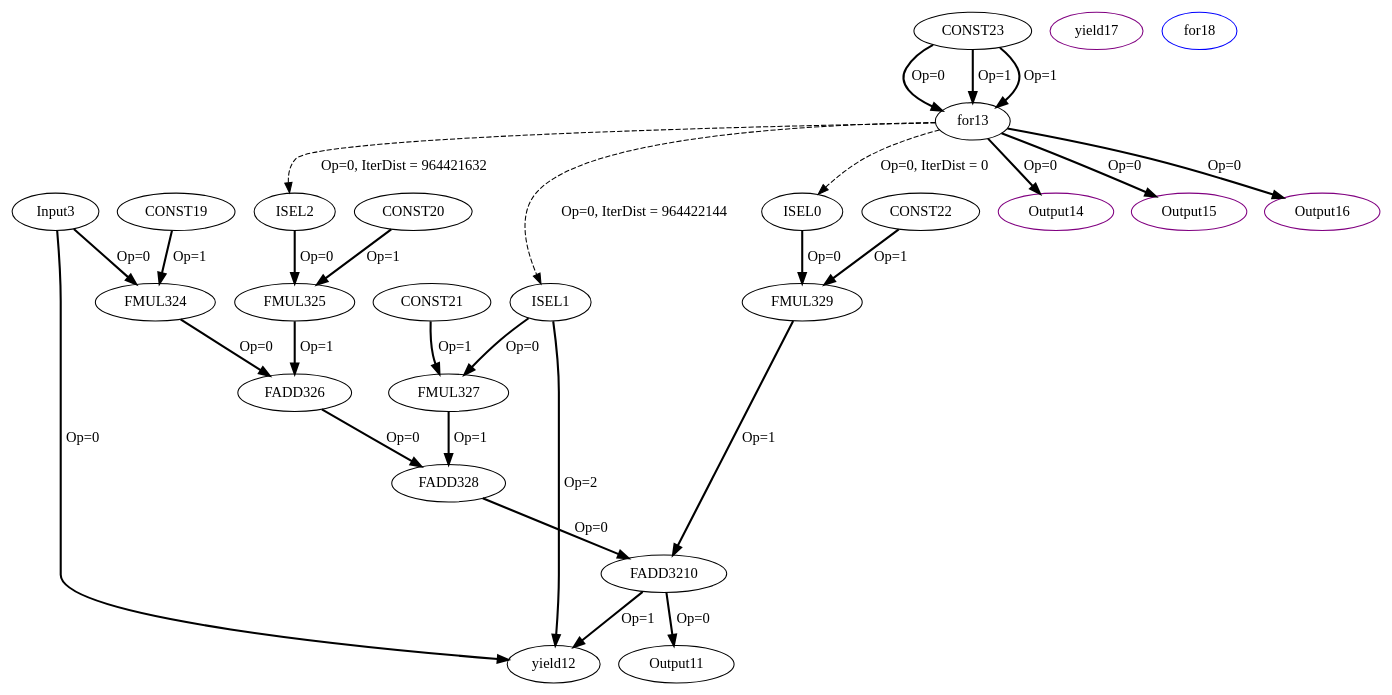
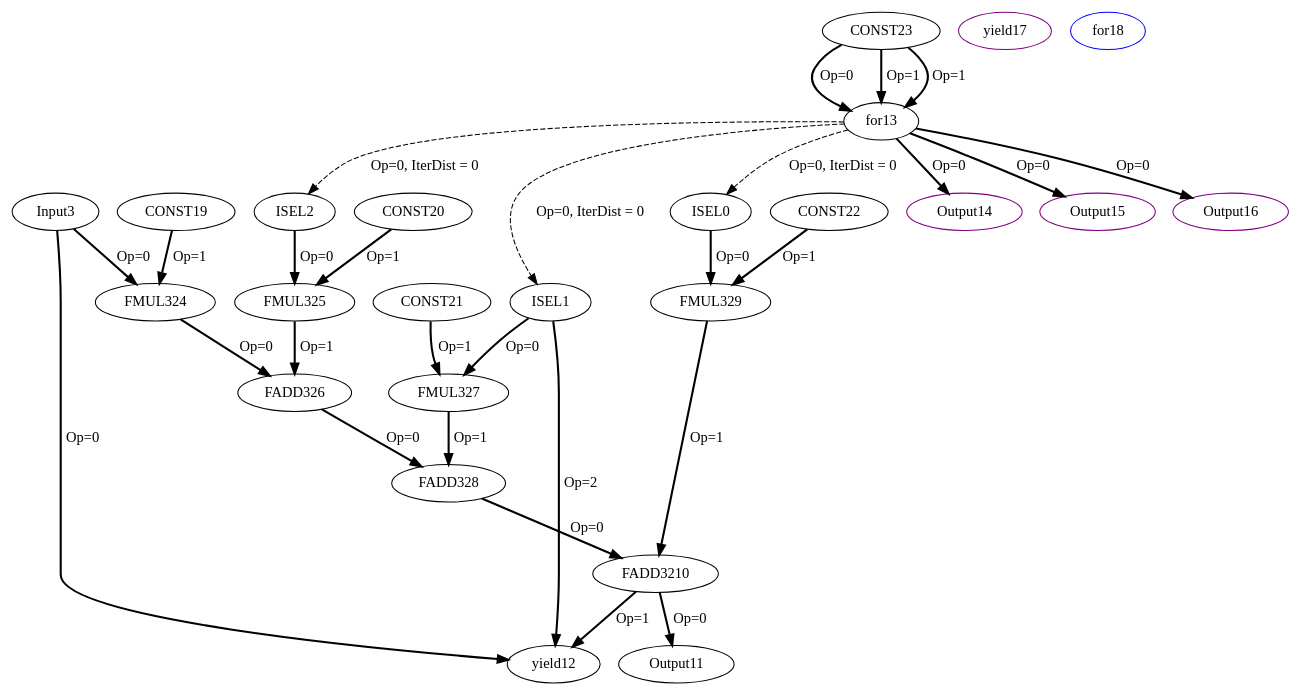
The diagram in experiment/Cbenchmarks/Polybench/medley/deriche/deriche_mini/IR/tempfiles/kernel_deriche_0_0_CDFG.dot (MIONkb/adora-compiler), drawn with Graphviz before and after one commit. The commit also changed 263 other files, not shown here.

```diff
--- a/experiment/Cbenchmarks/Polybench/medley/deriche/deriche_mini/IR/tempfiles/kernel_deriche_0_0_CDFG.dot
+++ b/experiment/Cbenchmarks/Polybench/medley/deriche/deriche_mini/IR/tempfiles/kernel_deriche_0_0_CDFG.dot
@@ -1,53 +1,53 @@
 Digraph G {
 ISEL0[opcode = "ISEL", color = black];
 ISEL1[opcode = "ISEL", color = black];
 ISEL2[opcode = "ISEL", color = black];
 Input3[opcode = "Input", ref_name="kernel_deriche_0_0", size="8192", offset="0,0", pattern="4,64,4,32", color = black];
 FMUL324[opcode = "FMUL32", color = black];
 FMUL325[opcode = "FMUL32", color = black];
 FADD326[opcode = "FADD32", color = black];
 FMUL327[opcode = "FMUL32", color = black];
 FADD328[opcode = "FADD32", color = black];
 FMUL329[opcode = "FMUL32", color = black];
 FADD3210[opcode = "FADD32", color = black];
 Output11[opcode = "Output", ref_name="kernel_deriche_0_1", size="8192", offset="0,0", pattern="4,64,4,32", color = black];
 yield12[opcode = "yield", color = black];
 for13[opcode = "for", color = black];
 Output14[opcode = "Output", ref_name="kernel_deriche_0_3", size="8", offset="0,0", pattern="0,64,0,32", color = purple];
 Output15[opcode = "Output", ref_name="kernel_deriche_0_4", size="8", offset="0,0", pattern="0,64,0,32", color = purple];
 Output16[opcode = "Output", ref_name="kernel_deriche_0_2", size="8", offset="0,0", pattern="0,64,0,32", color = purple];
 yield17[opcode = "yield", color = purple];
 for18[opcode = "for", color = blue];
 CONST19[opcode = "CONST", value="0xBE4135C4", color = black];
 CONST20[opcode = "CONST", value="0x3DE1B54C", color = black];
 CONST21[opcode = "CONST", value="0x3F5744FD", color = black];
 CONST22[opcode = "CONST", value="0xBF1B4598", color = black];
 CONST23[opcode = "CONST", value="0x00000000", color = black];
 for13 -> ISEL0[color = black, style = dashed, operand = 0, iterdist = 0, label = "Op=0, IterDist = 0"];
-for13 -> ISEL1[color = black, style = dashed, operand = 0, iterdist = 964422144, label = "Op=0, IterDist = 964422144"];
-for13 -> ISEL2[color = black, style = dashed, operand = 0, iterdist = 964421632, label = "Op=0, IterDist = 964421632"];
+for13 -> ISEL1[color = black, style = dashed, operand = 0, iterdist = 0, label = "Op=0, IterDist = 0"];
+for13 -> ISEL2[color = black, style = dashed, operand = 0, iterdist = 0, label = "Op=0, IterDist = 0"];
 Input3 -> FMUL324[color = black, style = bold, operand = 0, label = "Op=0"];
 CONST19 -> FMUL324[color = black, style = bold, operand = 1, label = "Op=1"];
 ISEL2 -> FMUL325[color = black, style = bold, operand = 0, label = "Op=0"];
 CONST20 -> FMUL325[color = black, style = bold, operand = 1, label = "Op=1"];
 FMUL324 -> FADD326[color = black, style = bold, operand = 0, label = "Op=0"];
 FMUL325 -> FADD326[color = black, style = bold, operand = 1, label = "Op=1"];
 ISEL1 -> FMUL327[color = black, style = bold, operand = 0, label = "Op=0"];
 CONST21 -> FMUL327[color = black, style = bold, operand = 1, label = "Op=1"];
 FADD326 -> FADD328[color = black, style = bold, operand = 0, label = "Op=0"];
 FMUL327 -> FADD328[color = black, style = bold, operand = 1, label = "Op=1"];
 ISEL0 -> FMUL329[color = black, style = bold, operand = 0, label = "Op=0"];
 CONST22 -> FMUL329[color = black, style = bold, operand = 1, label = "Op=1"];
 FADD328 -> FADD3210[color = black, style = bold, operand = 0, label = "Op=0"];
 FMUL329 -> FADD3210[color = black, style = bold, operand = 1, label = "Op=1"];
 FADD3210 -> Output11[color = black, style = bold, operand = 0, label = "Op=0"];
 Input3 -> yield12[color = black, style = bold, operand = 0, label = "Op=0"];
 FADD3210 -> yield12[color = black, style = bold, operand = 1, label = "Op=1"];
 ISEL1 -> yield12[color = black, style = bold, operand = 2, label = "Op=2"];
 CONST23 -> for13[color = black, style = bold, operand = 0, label = "Op=0"];
 CONST23 -> for13[color = black, style = bold, operand = 1, label = "Op=1"];
 CONST23 -> for13[color = black, style = bold, operand = 1, label = "Op=1"];
 for13 -> Output14[color = black, style = bold, operand = 0, label = "Op=0"];
 for13 -> Output15[color = black, style = bold, operand = 0, label = "Op=0"];
 for13 -> Output16[color = black, style = bold, operand = 0, label = "Op=0"];
 }
```
